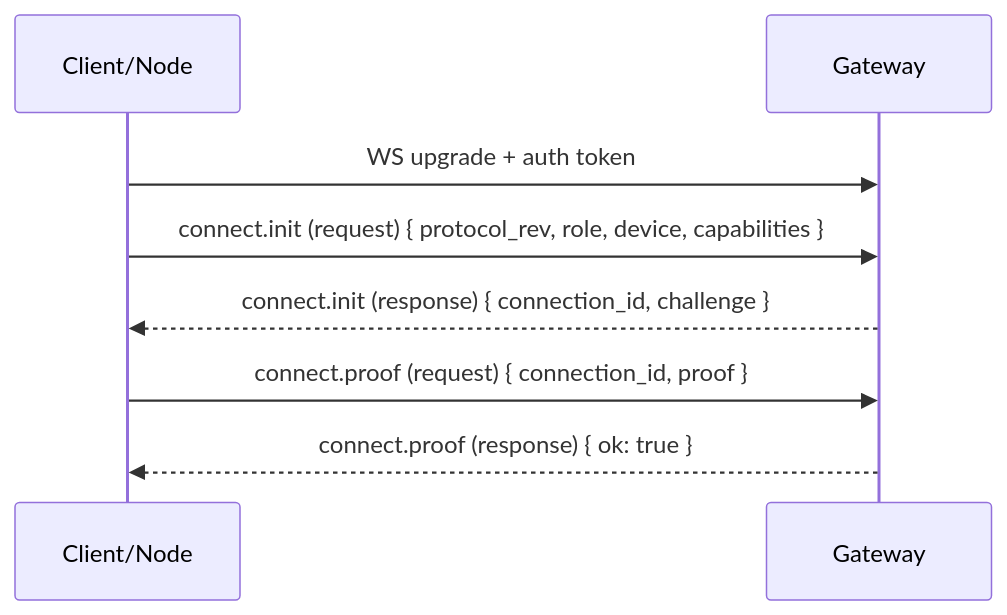
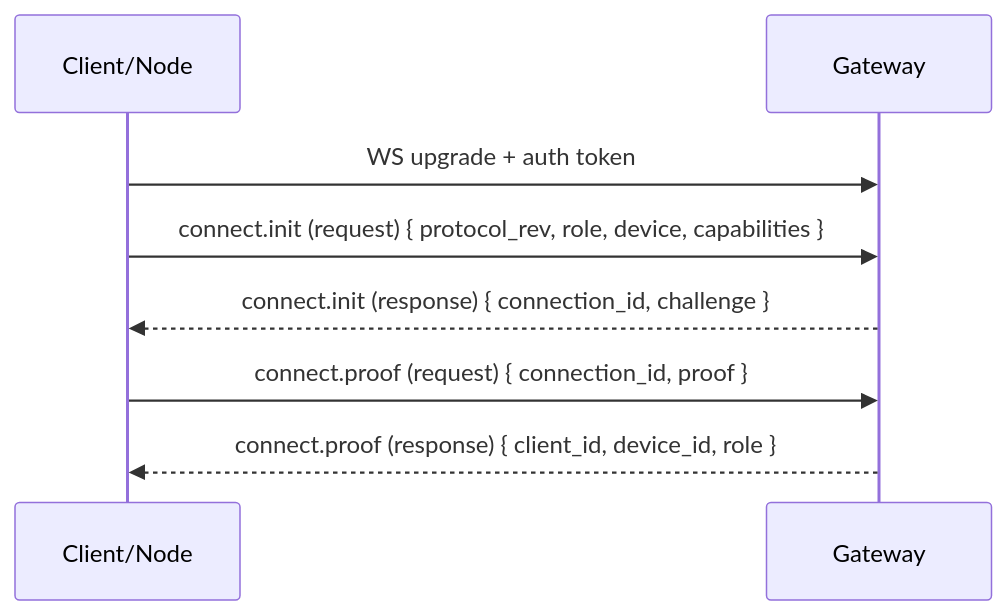
Before and after one commit to tyrumai/tyrum: the diagram in docs/architecture/protocol/handshake.md, drawn with Mermaid. The commit also changed other lines of this file and 10 other files, not shown here.

First line of the commit message:
docs(architecture): merge ADR norms; remove ADRs

````diff
--- a/docs/architecture/protocol/handshake.md
+++ b/docs/architecture/protocol/handshake.md
@@ -7,11 +7,11 @@
 ```mermaid
 sequenceDiagram
   participant Peer as Client/Node
   participant Gateway
 
   Peer->>Gateway: WS upgrade + auth token
   Peer->>Gateway: connect.init (request) { protocol_rev, role, device, capabilities }
   Gateway-->>Peer: connect.init (response) { connection_id, challenge }
   Peer->>Gateway: connect.proof (request) { connection_id, proof }
-  Gateway-->>Peer: connect.proof (response) { ok: true }
+  Gateway-->>Peer: connect.proof (response) { client_id, device_id, role }
 ```
````
